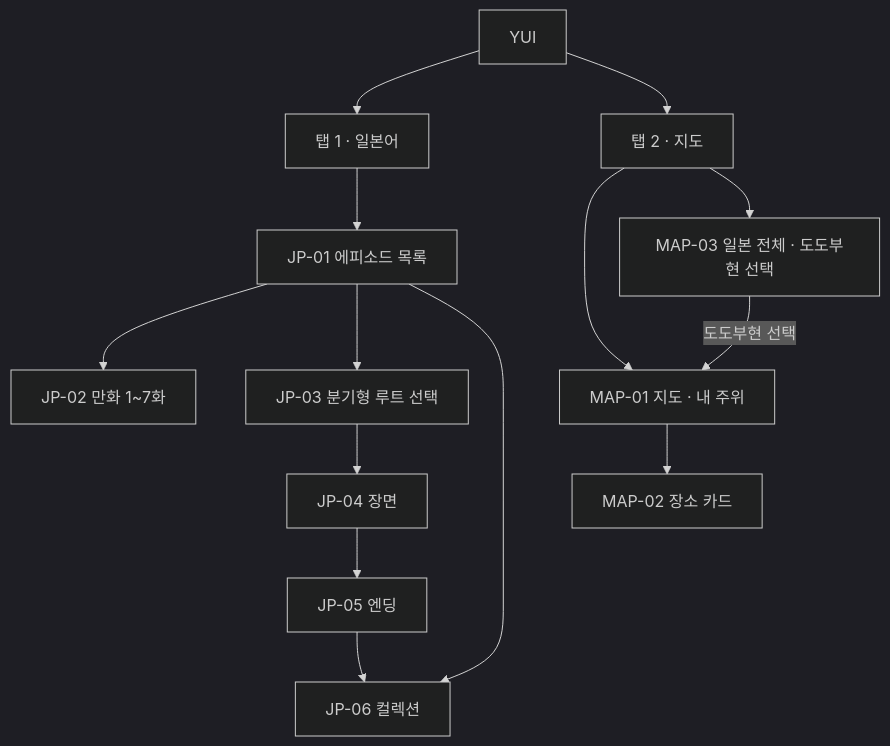
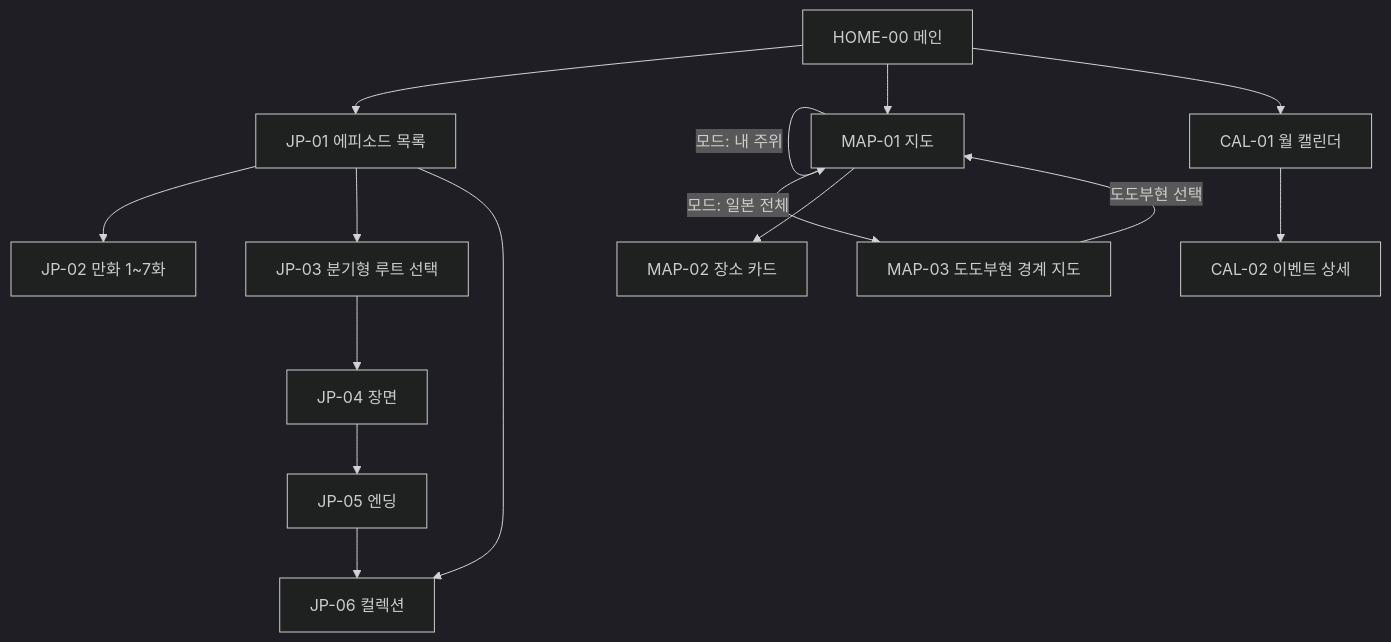
One commit to underthesun7213/yui-board changed the diagram in docs/02-requirements/PRD-MLP.md. Above: the diagram before and after it, drawn with Mermaid (dark theme). The commit also changed other lines of this file, not shown here.

First line of the commit message:
PRD-MLP v1.1: add calendar and home hub, curated places only

````diff
--- a/docs/02-requirements/PRD-MLP.md
+++ b/docs/02-requirements/PRD-MLP.md
@@ -58,15 +59,15 @@
 ```mermaid
 flowchart TD
-  APP[YUI] --> T1[탭 1 · 일본어]
-  APP --> T2[탭 2 · 지도]
-  T1 --> JP01[JP-01 에피소드 목록]
+  HOME[HOME-00 메인] --> JP01[JP-01 에피소드 목록]
+  HOME --> MAP01[MAP-01 지도]
+  HOME --> CAL01[CAL-01 월 캘린더]
   JP01 --> JP02[JP-02 만화 1~7화]
-  JP01 --> JP03[JP-03 분기형 루트 선택]
-  JP03 --> JP04[JP-04 장면] --> JP05[JP-05 엔딩]
+  JP01 --> JP03[JP-03 분기형 루트 선택] --> JP04[JP-04 장면] --> JP05[JP-05 엔딩]
   JP01 --> JP06[JP-06 컬렉션]
   JP05 --> JP06
-  T2 --> MAP01[MAP-01 지도 · 내 주위]
-  T2 --> MAP03[MAP-03 일본 전체 · 도도부현 선택]
+  MAP01 -->|모드: 내 주위| MAP01
+  MAP01 -->|모드: 일본 전체| MAP03[MAP-03 도도부현 경계 지도]
   MAP03 -->|도도부현 선택| MAP01
   MAP01 --> MAP02[MAP-02 장소 카드]
+  CAL01 --> CAL02[CAL-02 이벤트 상세]
 ```
````
